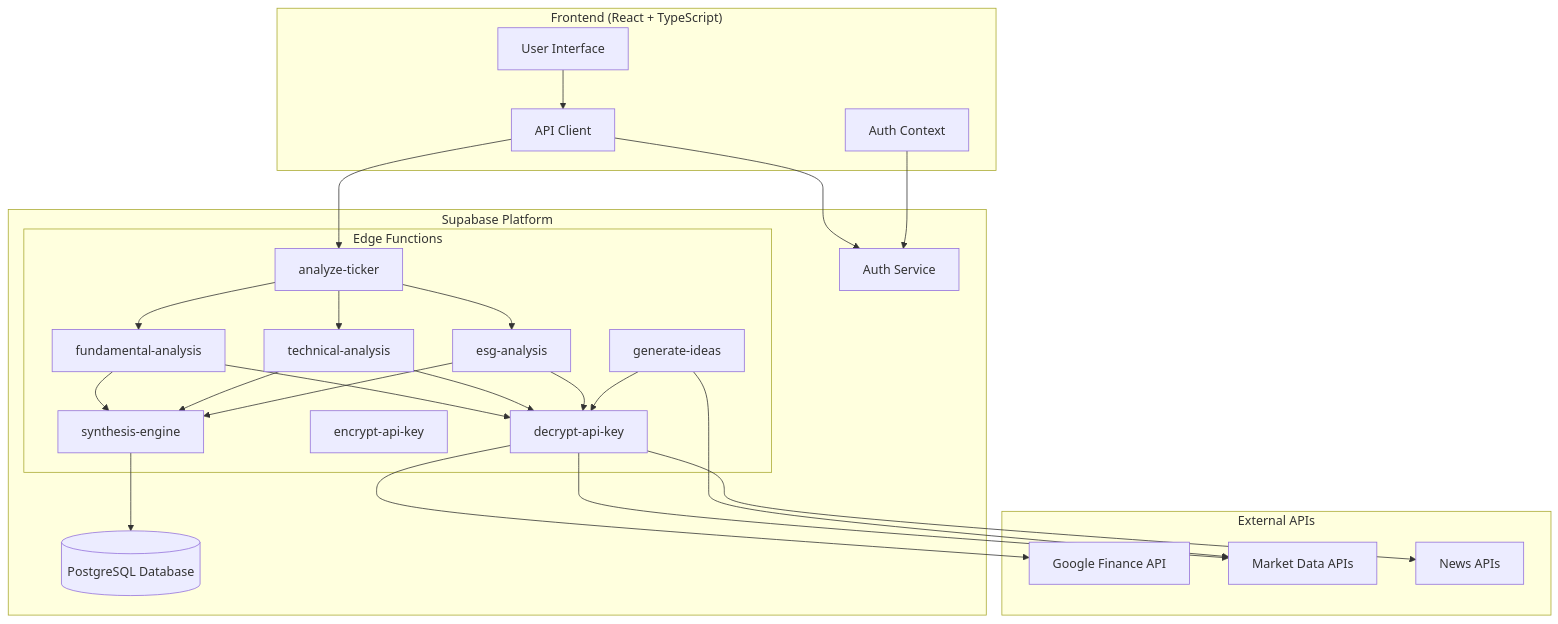
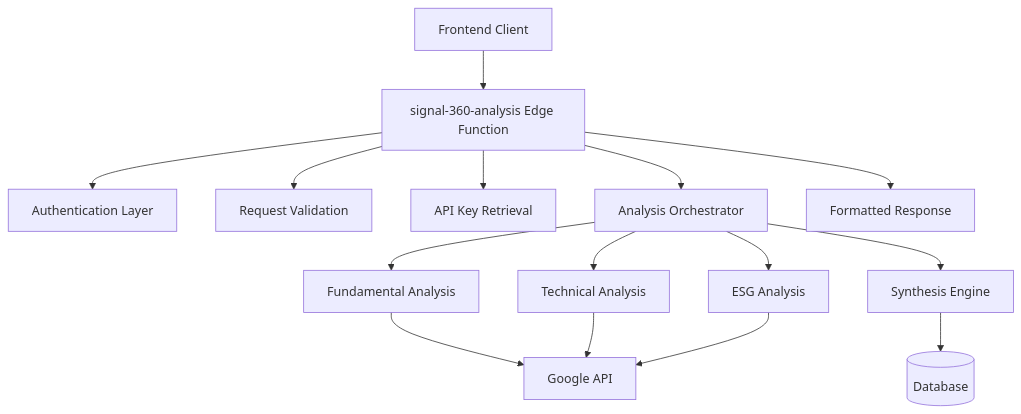
One commit to nicolasdeleonuy/Signal-360 changed the diagram in .kiro/specs/backend-analysis-logic/design.md. Above: the diagram before and after it, drawn with Mermaid. The commit also changed other lines of this file and 2 other files, not shown here.

````diff
--- a/.kiro/specs/backend-analysis-logic/design.md
+++ b/.kiro/specs/backend-analysis-logic/design.md
@@ -13,53 +13,21 @@
 ```mermaid
 graph TB
-    subgraph "Frontend (React + TypeScript)"
-        UI[User Interface]
-        AC[Auth Context]
-        API[API Client]
-    end
+    Client[Frontend Client] --> EdgeFunction[signal-360-analysis Edge Function]
+    EdgeFunction --> Auth[Authentication Layer]
+    EdgeFunction --> Validation[Request Validation]
+    EdgeFunction --> APIKey[API Key Retrieval]
+    EdgeFunction --> Orchestrator[Analysis Orchestrator]
     
-    subgraph "Supabase Platform"
-        AUTH[Auth Service]
-        DB[(PostgreSQL Database)]
-        
-        subgraph "Edge Functions"
-            MAIN[analyze-ticker]
-            FUND[fundamental-analysis]
-            TECH[technical-analysis]
-            ESG[esg-analysis]
-            SYNTH[synthesis-engine]
-            IDEAS[generate-ideas]
-            ENCRYPT[encrypt-api-key]
-            DECRYPT[decrypt-api-key]
-        end
-    end
+    Orchestrator --> Fund[Fundamental Analysis]
+    Orchestrator --> Tech[Technical Analysis] 
+    Orchestrator --> ESG[ESG Analysis]
     
-    subgraph "External APIs"
-        GOOGLE[Google Finance API]
-        MARKET[Market Data APIs]
-        NEWS[News APIs]
-    end
+    Fund --> GoogleAPI[Google API]
+    Tech --> GoogleAPI
+    ESG --> GoogleAPI
     
-    UI --> API
-    API --> AUTH
-    API --> MAIN
-    MAIN --> FUND
-    MAIN --> TECH
-    MAIN --> ESG
-    FUND --> SYNTH
-    TECH --> SYNTH
-    ESG --> SYNTH
-    SYNTH --> DB
+    Orchestrator --> Synthesis[Synthesis Engine]
+    Synthesis --> Database[(Database)]
     
-    FUND --> DECRYPT
-    TECH --> DECRYPT
-    ESG --> DECRYPT
-    DECRYPT --> GOOGLE
-    DECRYPT --> MARKET
-    DECRYPT --> NEWS
-    
-    IDEAS --> DECRYPT
-    IDEAS --> MARKET
-    
-    AC --> AUTH
+    EdgeFunction --> Response[Formatted Response]
 ```
````
